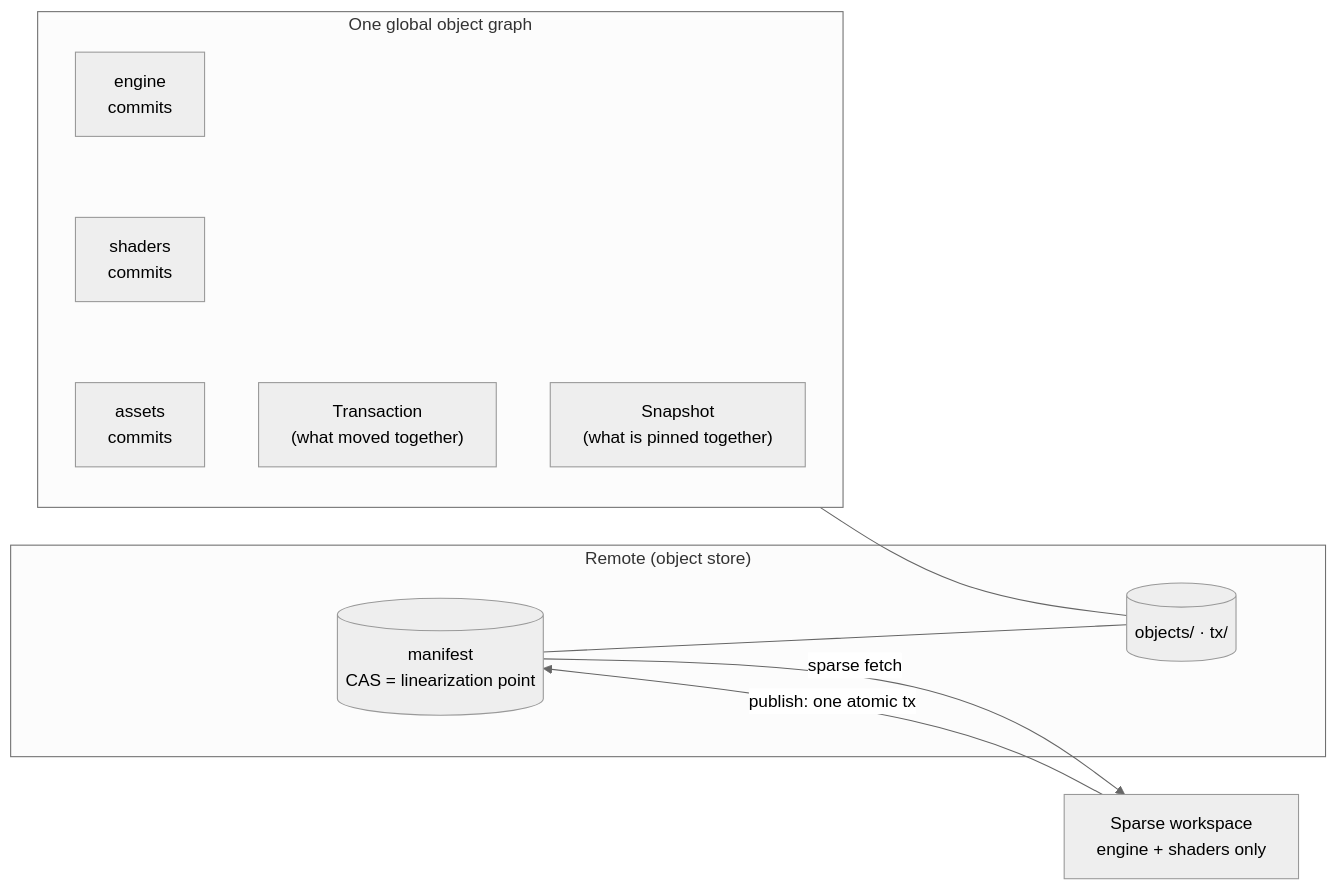
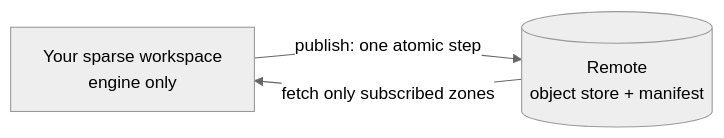
Before and after one commit to Bobliuuu/allgit: the diagram in README.md, drawn with Mermaid (neutral theme). The commit also changed other lines of this file, not shown here.

````diff
--- a/README.md
+++ b/README.md
@@ -21,16 +166,5 @@
 ```mermaid
 flowchart LR
-  subgraph Remote["Remote (object store)"]
-    M[("manifest<br/>CAS = linearization point")]
-    O[("objects/ · tx/")]
-  end
-  subgraph Graph["One global object graph"]
-    E["engine<br/>commits"] ~~~ S["shaders<br/>commits"] ~~~ A["assets<br/>commits"]
-    T["Transaction<br/>(what moved together)"]
-    P["Snapshot<br/>(what is pinned together)"]
-  end
-  W["Sparse workspace<br/>engine + shaders only"] -->|publish: one atomic tx| M
-  M --- O
-  Graph --- O
-  M -->|sparse fetch| W
+  W["Your sparse workspace<br/>engine only"] -->|publish: one atomic step| R[("Remote<br/>object store + manifest")]
+  R -->|fetch only subscribed zones| W
 ```
````
